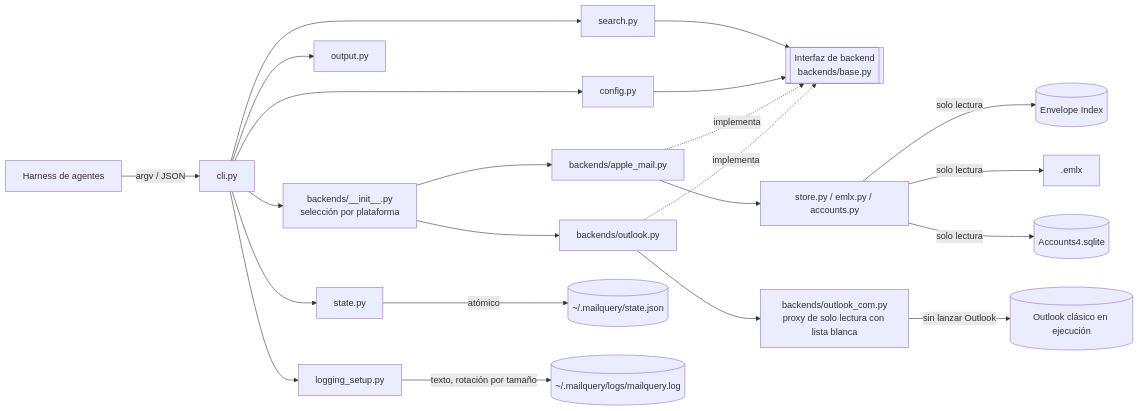
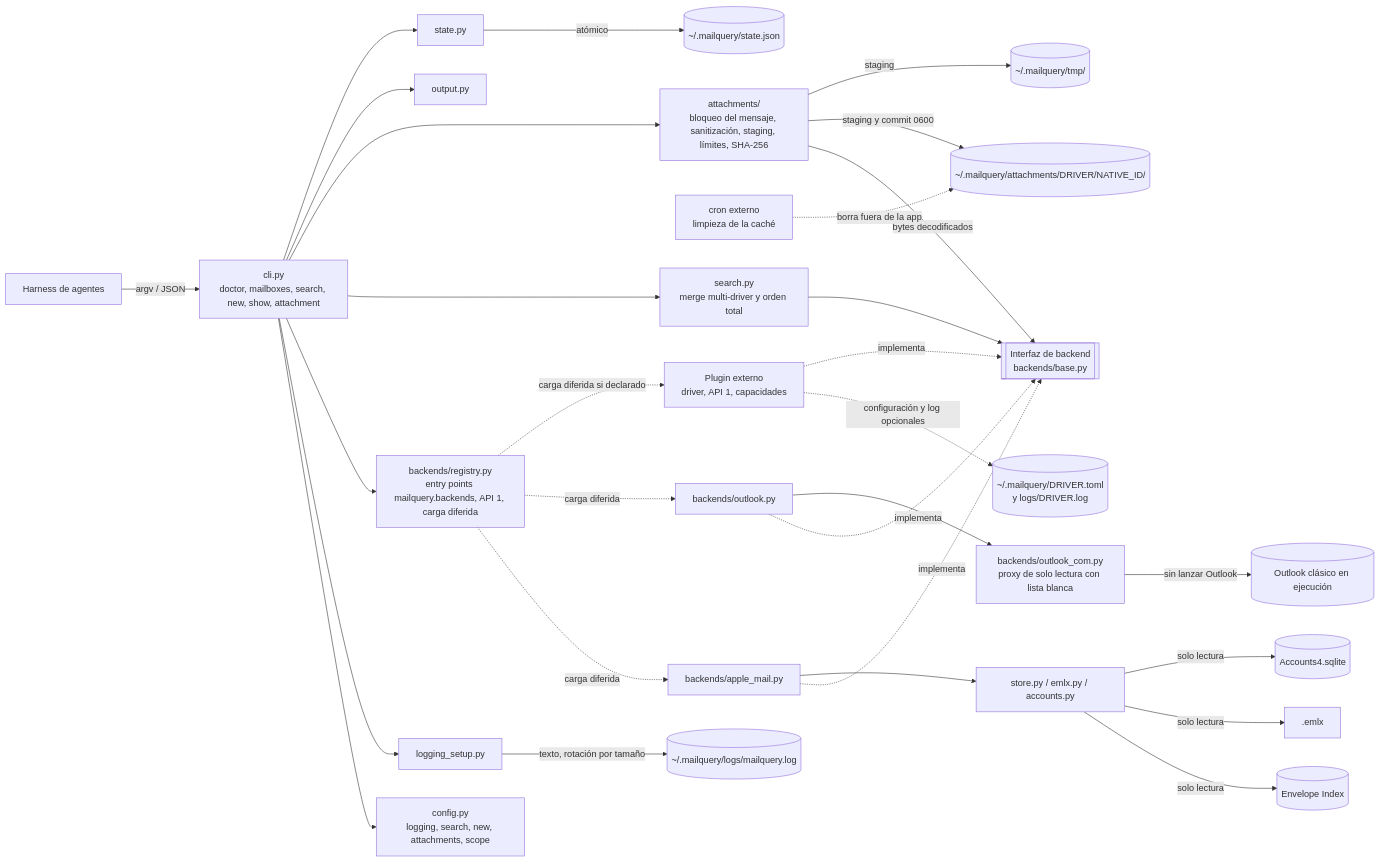
One commit to dayler/mailquery changed the first of 2 diagrams in docs/PRD.md. Above: the diagram before and after it, drawn with Mermaid. The commit also changed other lines of this file and 1 other file, not shown here.

````diff
--- a/docs/PRD.md
+++ b/docs/PRD.md
@@ -241,24 +317,31 @@
 ```mermaid
 flowchart LR
-    H[Harness de agentes] -->|argv / JSON| CLI[cli.py]
-    CLI --> CFG[config.py]
+    H[Harness de agentes] -->|argv / JSON| CLI[cli.py<br/>doctor, mailboxes, search, new, show, attachment]
+    CLI --> CFG[config.py<br/>logging, search, new, attachments, scope]
     CLI --> LOG[logging_setup.py]
-    CLI --> SR[search.py]
+    CLI --> REG[backends/registry.py<br/>entry points mailquery.backends, API 1, carga diferida]
+    CLI --> SR[search.py<br/>merge multi-driver y orden total]
+    CLI --> ATT[attachments/<br/>bloqueo del mensaje, sanitización, staging, límites, SHA-256]
     CLI --> OUT[output.py]
     CLI --> STT[state.py]
-    CLI --> SEL[backends/__init__.py<br/>selección por plataforma]
     SR --> IF[[Interfaz de backend<br/>backends/base.py]]
-    CFG --> IF
-    SEL --> AM[backends/apple_mail.py]
-    SEL --> OL[backends/outlook.py]
+    ATT -->|bytes decodificados| IF
+    ATT -->|staging y commit 0600| CACHE[(~/.mailquery/attachments/DRIVER/NATIVE_ID/)]
+    ATT -->|staging| TMP[(~/.mailquery/tmp/)]
+    CRON[cron externo<br/>limpieza de la caché] -.->|borra fuera de la app| CACHE
+    REG -.->|carga diferida| AM[backends/apple_mail.py]
+    REG -.->|carga diferida| OL[backends/outlook.py]
+    REG -.->|carga diferida si declarado| PLG[Plugin externo<br/>driver, API 1, capacidades]
+    PLG -.->|configuración y log opcionales| PLGCFG[(~/.mailquery/DRIVER.toml<br/>y logs/DRIVER.log)]
     AM -.implementa.-> IF
     OL -.implementa.-> IF
+    PLG -.implementa.-> IF
     AM --> ST[store.py / emlx.py / accounts.py]
     ST -->|solo lectura| EI[(Envelope Index)]
     ST -->|solo lectura| EM[.emlx]
     ST -->|solo lectura| ADS[(Accounts4.sqlite)]
     OL --> COM[backends/outlook_com.py<br/>proxy de solo lectura con lista blanca]
     COM -->|sin lanzar Outlook| OUTLOOK[(Outlook clásico en ejecución)]
     STT -->|atómico| STATE[(~/.mailquery/state.json)]
     LOG -->|texto, rotación por tamaño| LOGF[(~/.mailquery/logs/mailquery.log)]
 ```
````
